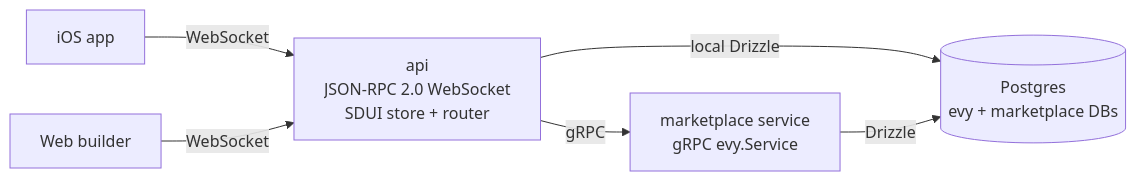
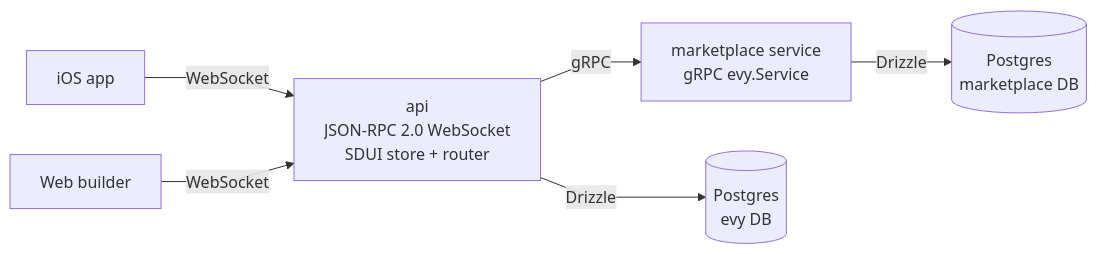
The diagram in README.md (EVY-Platform/evy), drawn with Mermaid before and after one commit. The commit also changed 17 other files, not shown here.

````diff
--- a/README.md
+++ b/README.md
@@ -11,15 +11,17 @@
 ```mermaid
+%%{ init: { 'flowchart': { 'curve': 'linear' } } }%%
 flowchart LR
     ios[iOS app]
     web[Web builder]
 
     api[api<br/>JSON-RPC 2.0 WebSocket<br/>SDUI store + router]
     marketplace[marketplace service<br/>gRPC evy.Service]
-    pg[(Postgres<br/>evy + marketplace DBs)]
+    evyDb[(Postgres<br/>evy DB)]
+    mpDb[(Postgres<br/>marketplace DB)]
 
     ios -- WebSocket --> api
     web -- WebSocket --> api
-    api -- local Drizzle --> pg
+    api -- Drizzle --> evyDb
     api -- gRPC --> marketplace
-    marketplace -- Drizzle --> pg
+    marketplace -- Drizzle --> mpDb
 ```
````
